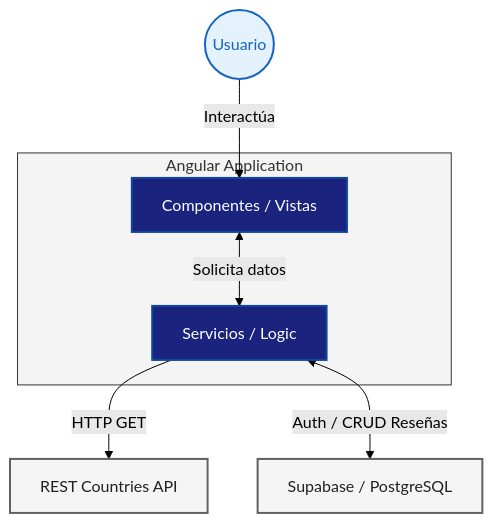
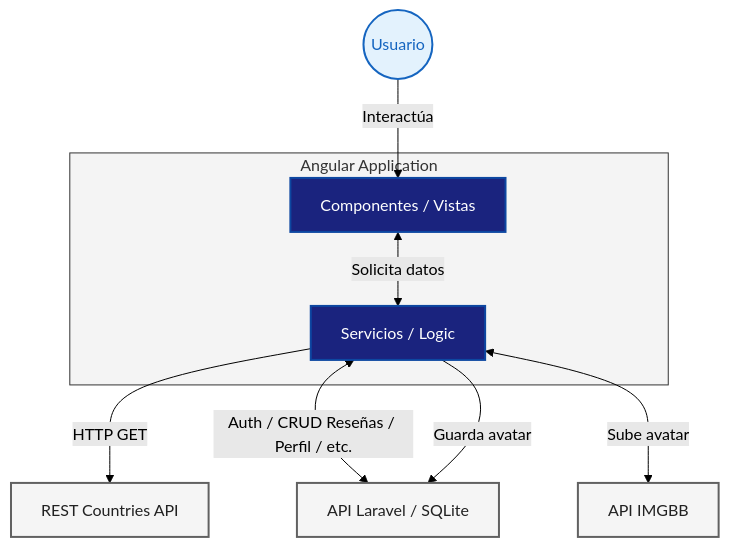
The diagram in docs/arquitectura.md (rubluesan/los-paises), drawn with Mermaid (forest theme) before and after one commit. The commit also changed other lines of this file, not shown here.

````diff
--- a/docs/arquitectura.md
+++ b/docs/arquitectura.md
@@ -38,28 +38,31 @@
 ```mermaid
 graph TD
     %% Estilos
     classDef client fill:#E3F2FD,stroke:#1565C0,stroke-width:2px,color:#1565C0;
     classDef angular fill:#1A237E,stroke:#0D47A1,stroke-width:2px,color:#FFFFFF;
     classDef external fill:#F5F5F5,stroke:#616161,stroke-width:2px,color:#212121;
 
     %% Nodos
     User((Usuario)):::client
 
     subgraph AngularApp [Angular Application]
         Components[Componentes / Vistas]:::angular
         Services[Servicios / Logic]:::angular
     end
 
     API_Countries[REST Countries API]:::external
-    Supabase[Supabase / PostgreSQL]:::external
+    Api[API Laravel / SQLite]:::external
+    IMGBB[API IMGBB]:::external
 
     %% Conexiones
     User -->|Interactúa| Components
     Components <-->|Solicita datos| Services
 
     Services -->|HTTP GET| API_Countries
-    Services <-->|Auth / CRUD Reseñas| Supabase
+    Services <-->|Auth / CRUD Reseñas / Perfil / etc.| Api
+    Services <-->|Sube avatar| IMGBB
+    Services -->|Guarda avatar| Api
 
     %% Notas opcionales para contexto
     style AngularApp fill:#f4f4f4,stroke:#333
 ```
````
